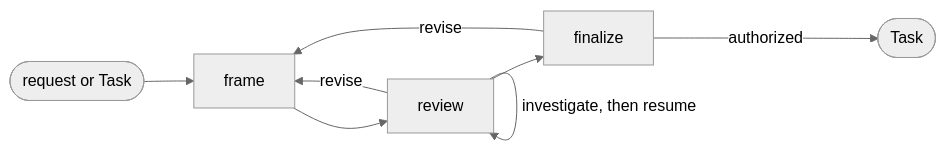
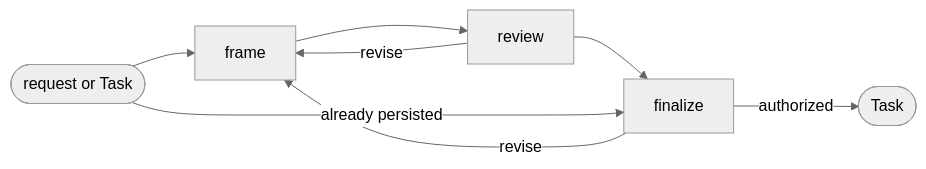
The diagram in plugins/aidd-pm/skills/10-task/SKILL.md (ai-driven-dev/aidd-framework), drawn with Mermaid (neutral theme) before and after one commit. The commit also changed other lines of this file and 77 other files, not shown here.

````diff
--- a/plugins/aidd-pm/skills/10-task/SKILL.md
+++ b/plugins/aidd-pm/skills/10-task/SKILL.md
@@ -9,8 +9,8 @@
 ```mermaid
 flowchart LR
   source([request or Task]) --> frame --> review --> finalize
+  source -->|"already persisted"| finalize
   review -->|"revise"| frame
-  review -->|"investigate, then resume"| review
   finalize -->|"revise"| frame
   finalize -->|"authorized"| done([Task])
 ```
````
